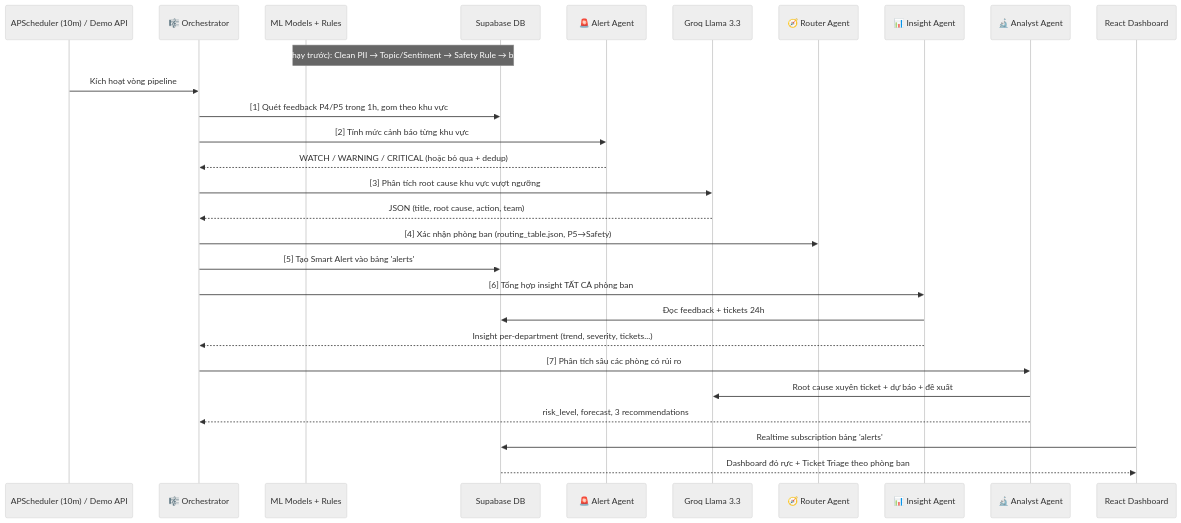
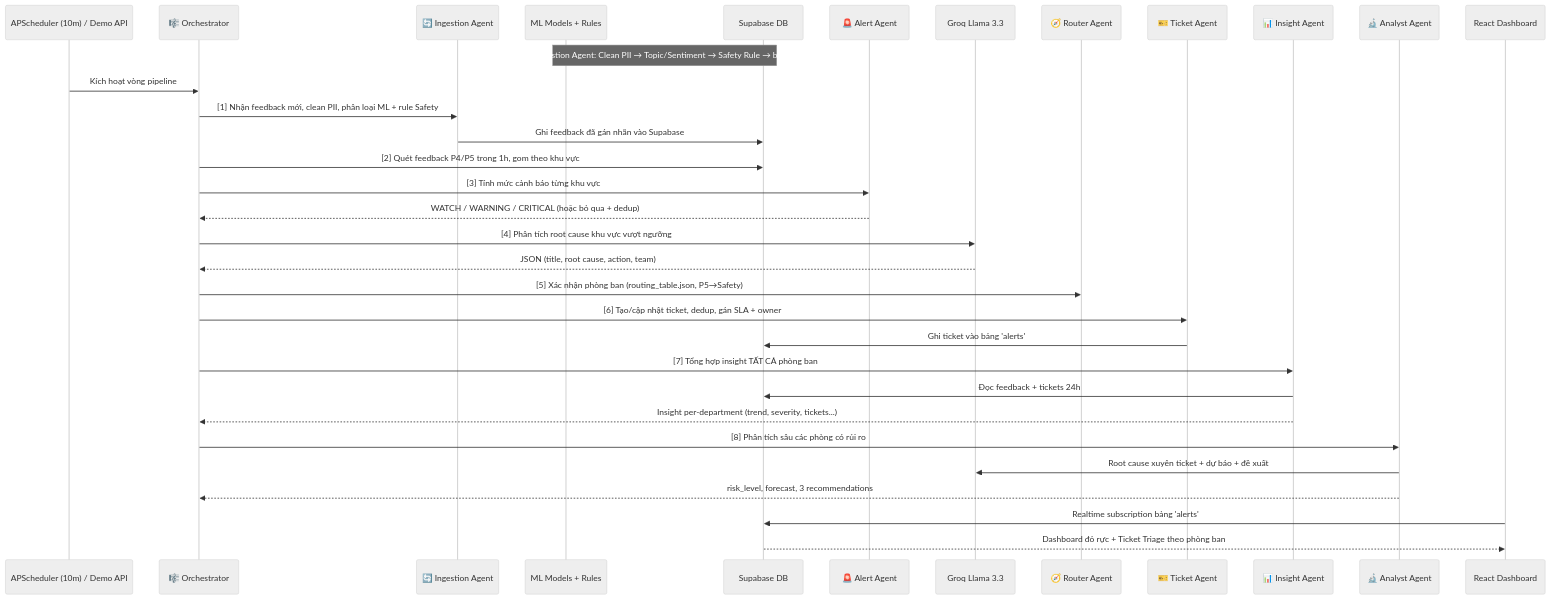
Before and after one commit to Kez-DE/AI-Quality-Intelligence-Platform: the diagram in MASTER_BLUEPRINT.md, drawn with Mermaid (neutral theme). The commit also changed other lines of this file and 3 other files, not shown here.

````diff
--- a/MASTER_BLUEPRINT.md
+++ b/MASTER_BLUEPRINT.md
@@ -104,33 +111,38 @@
 ```mermaid
 sequenceDiagram
     participant Cron as APScheduler (10m) / Demo API
     participant Orch as 🎼 Orchestrator
+    participant IngestA as 🔄 Ingestion Agent
     participant ML as ML Models + Rules
     participant DB as Supabase DB
     participant AlertA as 🚨 Alert Agent
     participant LLM as Groq Llama 3.3
     participant Router as 🧭 Router Agent
+    participant TicketA as 🎫 Ticket Agent
     participant Insight as 📊 Insight Agent
     participant Analyst as 🔬 Analyst Agent
     participant FE as React Dashboard
 
-    Note over ML,DB: Tầng Ingest (chạy trước): Clean PII → Topic/Sentiment → Safety Rule → bảng 'feedback'
+    Note over ML,DB: Tầng 1 — Ingestion Agent: Clean PII → Topic/Sentiment → Safety Rule → bảng 'feedback'
 
     Cron->>Orch: Kích hoạt vòng pipeline
-    Orch->>DB: [1] Quét feedback P4/P5 trong 1h, gom theo khu vực
-    Orch->>AlertA: [2] Tính mức cảnh báo từng khu vực
+    Orch->>IngestA: [1] Nhận feedback mới, clean PII, phân loại ML + rule Safety
+    IngestA->>DB: Ghi feedback đã gán nhãn vào Supabase
+    Orch->>DB: [2] Quét feedback P4/P5 trong 1h, gom theo khu vực
+    Orch->>AlertA: [3] Tính mức cảnh báo từng khu vực
     AlertA-->>Orch: WATCH / WARNING / CRITICAL (hoặc bỏ qua + dedup)
-    Orch->>LLM: [3] Phân tích root cause khu vực vượt ngưỡng
+    Orch->>LLM: [4] Phân tích root cause khu vực vượt ngưỡng
     LLM-->>Orch: JSON (title, root cause, action, team)
-    Orch->>Router: [4] Xác nhận phòng ban (routing_table.json, P5→Safety)
-    Orch->>DB: [5] Tạo Smart Alert vào bảng 'alerts'
-    Orch->>Insight: [6] Tổng hợp insight TẤT CẢ phòng ban
+    Orch->>Router: [5] Xác nhận phòng ban (routing_table.json, P5→Safety)
+    Orch->>TicketA: [6] Tạo/cập nhật ticket, dedup, gán SLA + owner
+    TicketA->>DB: Ghi ticket vào bảng 'alerts'
+    Orch->>Insight: [7] Tổng hợp insight TẤT CẢ phòng ban
     Insight->>DB: Đọc feedback + tickets 24h
     Insight-->>Orch: Insight per-department (trend, severity, tickets...)
-    Orch->>Analyst: [7] Phân tích sâu các phòng có rủi ro
+    Orch->>Analyst: [8] Phân tích sâu các phòng có rủi ro
     Analyst->>LLM: Root cause xuyên ticket + dự báo + đề xuất
     Analyst-->>Orch: risk_level, forecast, 3 recommendations
 
     FE->>DB: Realtime subscription bảng 'alerts'
     DB-->>FE: Dashboard đỏ rực + Ticket Triage theo phòng ban
 ```
````
